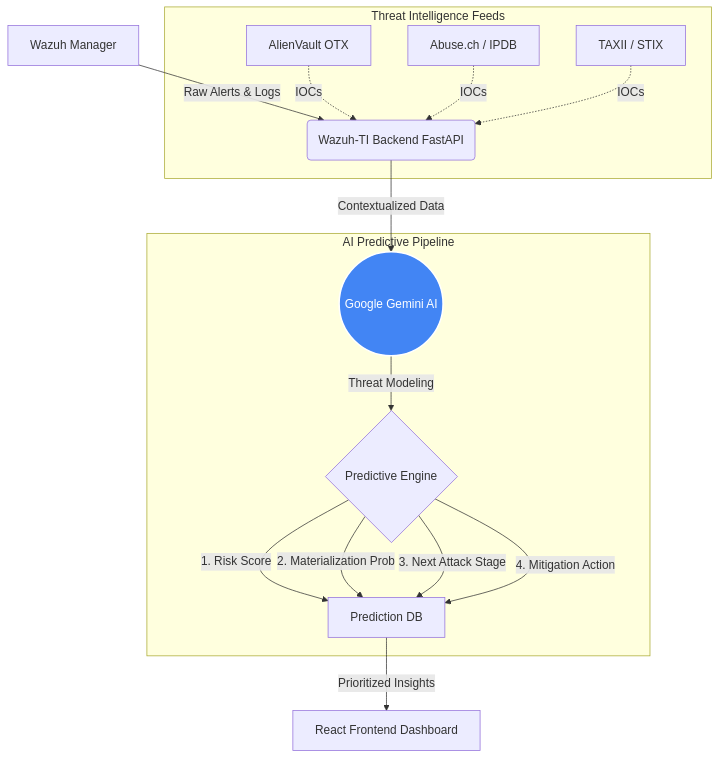
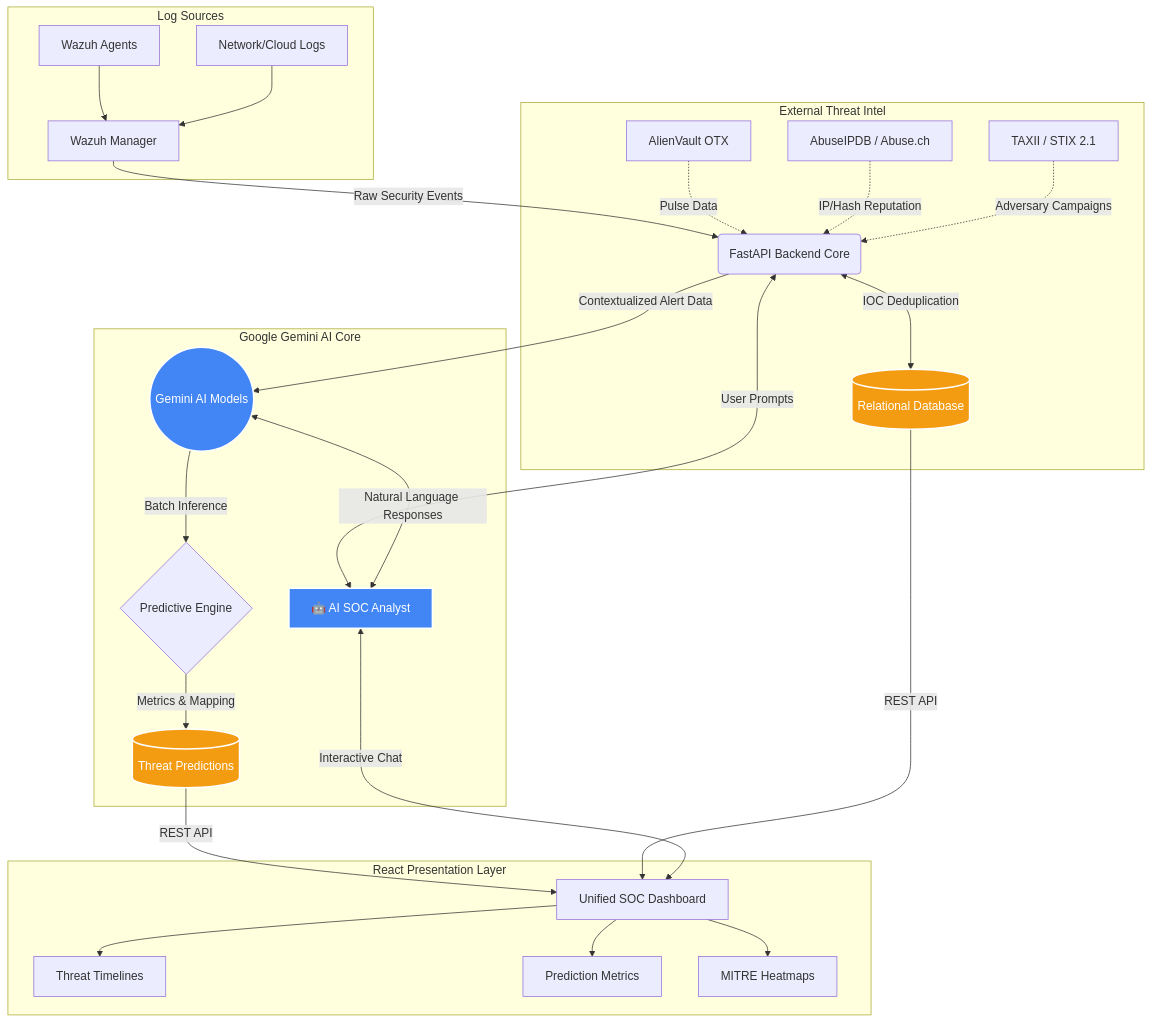
Before and after one commit to Syed-Saadan-Uddin/STIX-TAXII-Integration-in-Wazuh: the diagram in README.md, drawn with Mermaid. The commit also changed other lines of this file, not shown here.

````diff
--- a/README.md
+++ b/README.md
@@ -67,24 +72,43 @@
 ```mermaid
 graph TD
-    A[Wazuh Manager] -->|Raw Alerts & Logs| B(Wazuh-TI Backend FastAPI)
-    
-    subgraph Threat Intelligence Feeds
-    C[AlienVault OTX] -.->|IOCs| B
-    D[Abuse.ch / IPDB] -.->|IOCs| B
-    E[TAXII / STIX] -.->|IOCs| B
+    subgraph Log Sources
+        A1[Wazuh Agents] --> A2[Wazuh Manager]
+        A3[Network/Cloud Logs] --> A2
     end
-    
-    subgraph AI Predictive Pipeline
-    B -->|Contextualized Data| F((Google Gemini AI))
-    F -->|Threat Modeling| H{Predictive Engine}
-    H -->|1. Risk Score| P[Prediction DB]
-    H -->|2. Materialization Prob| P
-    H -->|3. Next Attack Stage| P
-    H -->|4. Mitigation Action| P
+
+    A2 -->|Raw Security Events| B(FastAPI Backend Core)
+
+    subgraph External Threat Intel
+        C[AlienVault OTX] -.->|Pulse Data| B
+        D[AbuseIPDB / Abuse.ch] -.->|IP/Hash Reputation| B
+        E[TAXII / STIX 2.1] -.->|Adversary Campaigns| B
+        B <-->|IOC Deduplication| DB[(Relational Database)]
     end
-    
-    P -->|Prioritized Insights| G[React Frontend Dashboard]
-    
+
+    subgraph Google Gemini AI Core
+        B -->|Contextualized Alert Data| F((Gemini AI Models))
+        
+        %% Pipeline 1: Automated ML Prediction
+        F -->|Batch Inference| H{Predictive Engine}
+        H -->|Metrics & Mapping| P[(Threat Predictions)]
+        
+        %% Pipeline 2: Conversational AI Analyst
+        B <-->|User Prompts| AI_ANALYST[🤖 AI SOC Analyst]
+        F <-->|Natural Language Responses| AI_ANALYST
+    end
+
+    subgraph React Presentation Layer
+        P -->|REST API| G[Unified SOC Dashboard]
+        DB -->|REST API| G
+        AI_ANALYST <-->|Interactive Chat| G
+        
+        G --> V1[Threat Timelines]
+        G --> V2[Prediction Metrics]
+        G --> V3[MITRE Heatmaps]
+    end
+
     classDef ai fill:#4285F4,stroke:#fff,stroke-width:2px,color:#fff;
-    class F ai;
+    classDef db fill:#f39c12,stroke:#fff,stroke-width:2px,color:#fff;
+    class F,AI_ANALYST ai;
+    class DB,P db;
 ```
````
